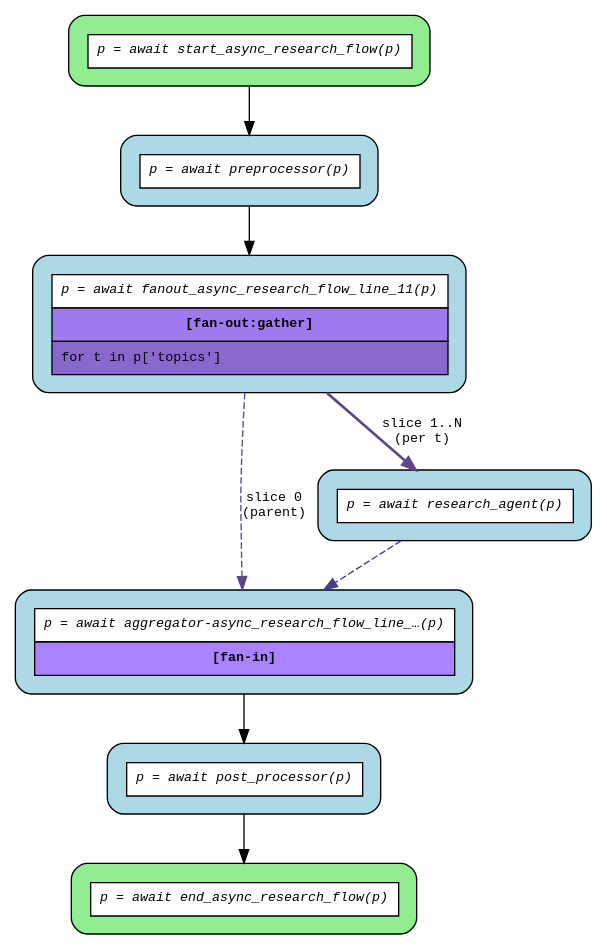
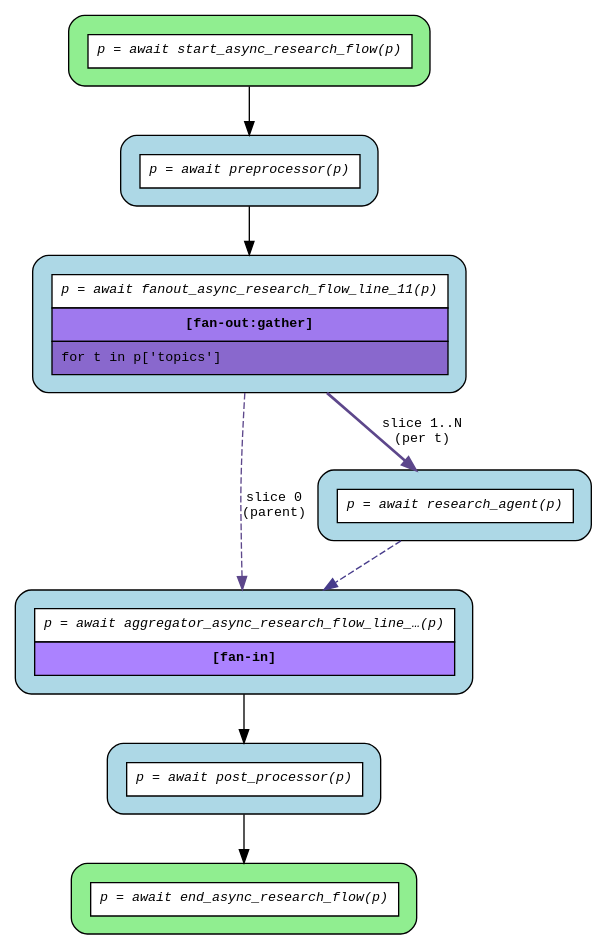
The diagram in examples/flows/compiled/fanout_gather/flow.dot (deliveryhero/asya), drawn with Graphviz before and after one commit. The commit also changed 21 other files, not shown here.

```diff
--- a/examples/flows/compiled/fanout_gather/flow.dot
+++ b/examples/flows/compiled/fanout_gather/flow.dot
@@ -1,22 +1,22 @@
 digraph flow {
   rankdir=TB;
   graph [fontname="Courier", fontsize=10];
   node [fontname="Courier", fontsize=10, shape=box, style="filled,rounded", margin="0.2"];
   edge [fontname="Courier", fontsize=10];
 
   start_async_research_flow [fillcolor="lightgreen", label=<<table border="0" cellspacing="0" cellpadding="6" cellborder="1"><tr><td bgcolor="white" align="center"><i>p = await start_async_research_flow(p)</i></td></tr></table>>];
   fanout_async_research_flow_line_11 [fillcolor="lightblue", label=<<table border="0" cellspacing="0" cellpadding="6" cellborder="1"><tr><td bgcolor="white" align="center"><i>p = await fanout_async_research_flow_line_11(p)</i></td></tr><tr><td bgcolor="mediumpurple2" align="center"><b>[fan-out:gather]</b></td></tr><tr><td bgcolor="mediumpurple3" align="left">for t in p['topics']</td></tr></table>>];
   end_async_research_flow [fillcolor="lightgreen", label=<<table border="0" cellspacing="0" cellpadding="6" cellborder="1"><tr><td bgcolor="white" align="center"><i>p = await end_async_research_flow(p)</i></td></tr></table>>];
-  aggregator_async_research_flow_line_11 [fillcolor="lightblue", label=<<table border="0" cellspacing="0" cellpadding="6" cellborder="1"><tr><td bgcolor="white" align="center"><i>p = await aggregator-async_research_flow_line_…(p)</i></td></tr><tr><td bgcolor="mediumpurple1" align="center"><b>[fan-in]</b></td></tr></table>>];
+  aggregator_async_research_flow_line_11 [fillcolor="lightblue", label=<<table border="0" cellspacing="0" cellpadding="6" cellborder="1"><tr><td bgcolor="white" align="center"><i>p = await aggregator_async_research_flow_line_…(p)</i></td></tr><tr><td bgcolor="mediumpurple1" align="center"><b>[fan-in]</b></td></tr></table>>];
   post_processor [fillcolor="lightblue", label=<<table border="0" cellspacing="0" cellpadding="6" cellborder="1"><tr><td bgcolor="white" align="center"><i>p = await post_processor(p)</i></td></tr></table>>];
   preprocessor [fillcolor="lightblue", label=<<table border="0" cellspacing="0" cellpadding="6" cellborder="1"><tr><td bgcolor="white" align="center"><i>p = await preprocessor(p)</i></td></tr></table>>];
   research_agent [fillcolor="lightblue", label=<<table border="0" cellspacing="0" cellpadding="6" cellborder="1"><tr><td bgcolor="white" align="center"><i>p = await research_agent(p)</i></td></tr></table>>];
 
   aggregator_async_research_flow_line_11 -> post_processor;
   fanout_async_research_flow_line_11 -> aggregator_async_research_flow_line_11 [color=mediumpurple4, label="slice 0\n(parent)", style=dashed];
   fanout_async_research_flow_line_11 -> research_agent [color=mediumpurple4, label="slice 1..N\n(per t)", style=bold];
   post_processor -> end_async_research_flow;
   preprocessor -> fanout_async_research_flow_line_11;
   research_agent -> aggregator_async_research_flow_line_11 [color=slateblue4, style=dashed];
   start_async_research_flow -> preprocessor;
 }
```
